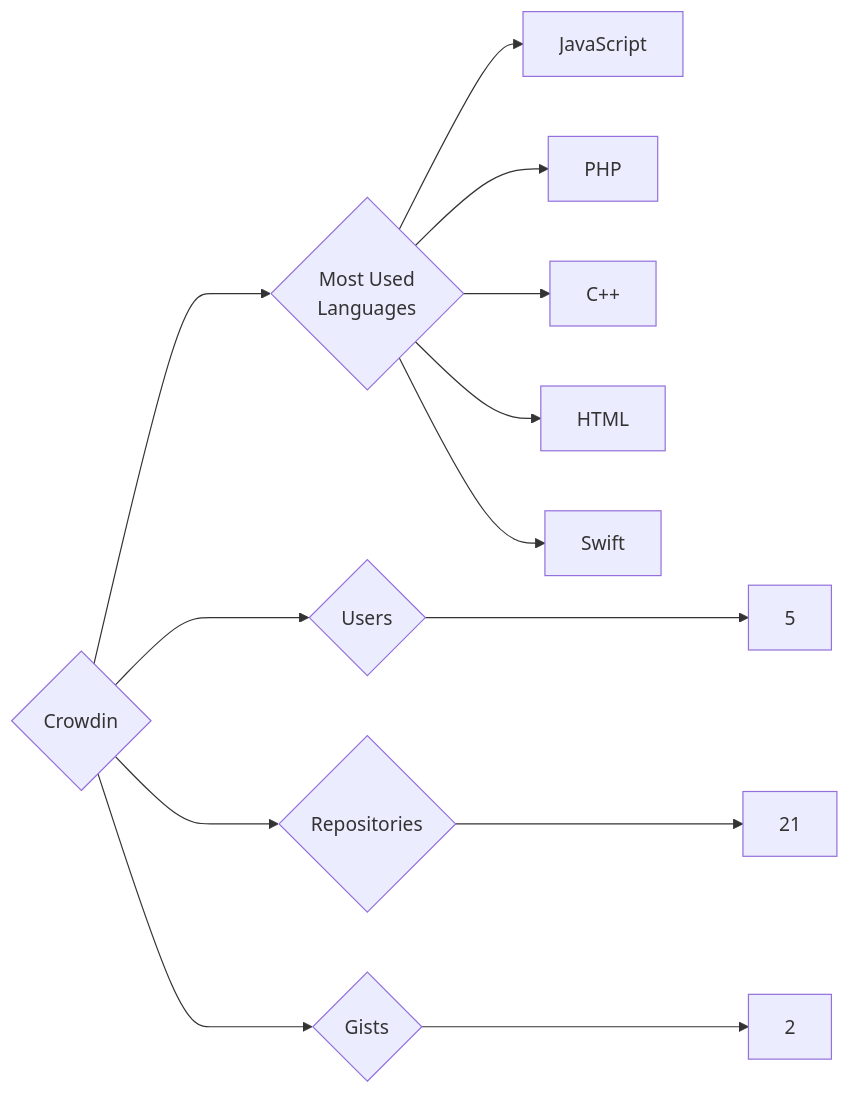
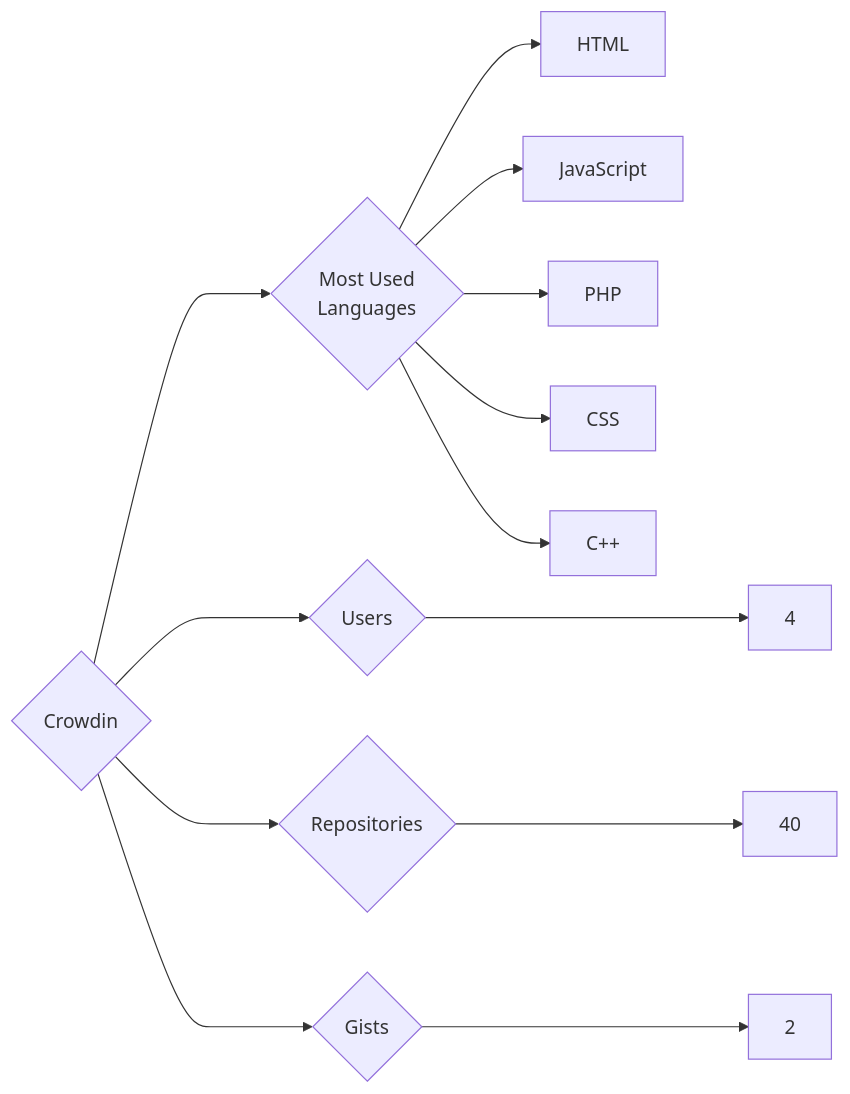
The diagram in targets/Crowdin/README.md (trickest/insiders), drawn with Mermaid before and after one commit. The commit also changed 1055 other files, not shown here.

````diff
--- a/targets/Crowdin/README.md
+++ b/targets/Crowdin/README.md
@@ -3,13 +3,13 @@
 ```mermaid
 graph LR
 COMPANY_NAME{Crowdin}
-COMPANY_NAME ---> U{Users} ---> UN[5]
-COMPANY_NAME ---> R{Repositories} ---> RN[21]
+COMPANY_NAME ---> U{Users} ---> UN[4]
+COMPANY_NAME ---> R{Repositories} ---> RN[40]
 COMPANY_NAME ---> G{Gists} ---> GN[2]
 COMPANY_NAME ---> ML{Most Used<br>Languages}
+ML --> HTML[HTML]
 ML --> JavaScript[JavaScript]
 ML --> PHP[PHP]
+ML --> CSS[CSS]
 ML --> C++[C++]
-ML --> HTML[HTML]
-ML --> Swift[Swift]
 ```
````
